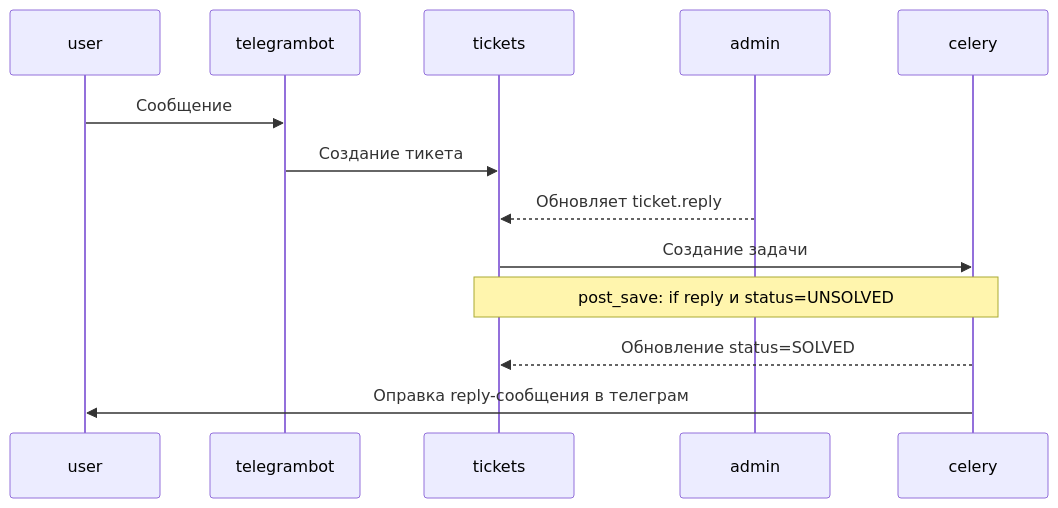
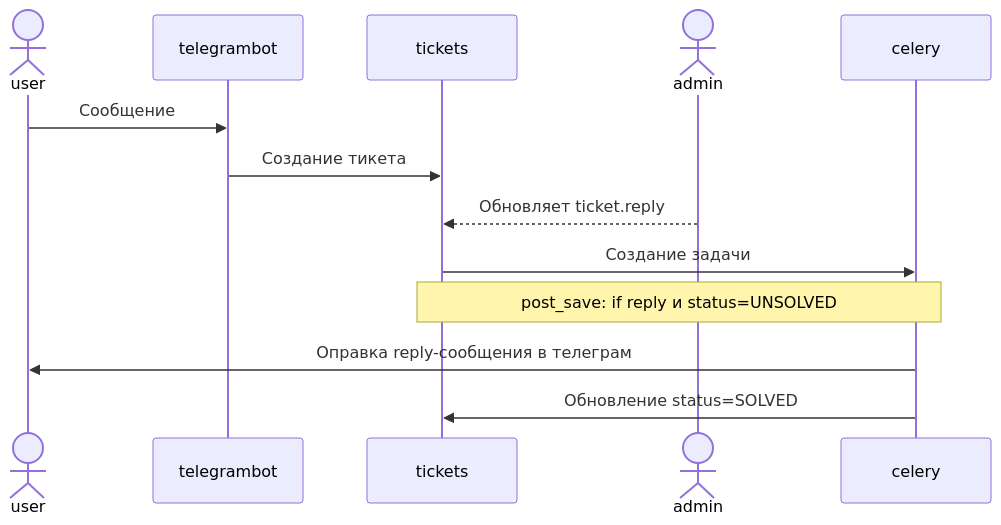
The third of 3 diagrams in README.md (DmitryPi/telegramnotify), drawn with Mermaid before and after one commit. The commit also changed other lines of this file, not shown here.

````diff
--- a/README.md
+++ b/README.md
@@ -67,19 +83,19 @@
 ```mermaid
 sequenceDiagram
-   participant user
+   actor user
    participant telegrambot
    participant tickets
-   participant admin
+   actor admin
    participant celery
 
 
    user->>telegrambot: Сообщение
    telegrambot->>tickets: Создание тикета
    admin-->>tickets: Обновляет ticket.reply
    tickets->>celery: Создание задачи
    Note over tickets,celery: post_save: if reply и status=UNSOLVED
 
-   celery-->>tickets: Обновление status=SOLVED
    celery->>user: Оправка reply-сообщения в телеграм
+   celery->>tickets: Обновление status=SOLVED
 
 ```
````
